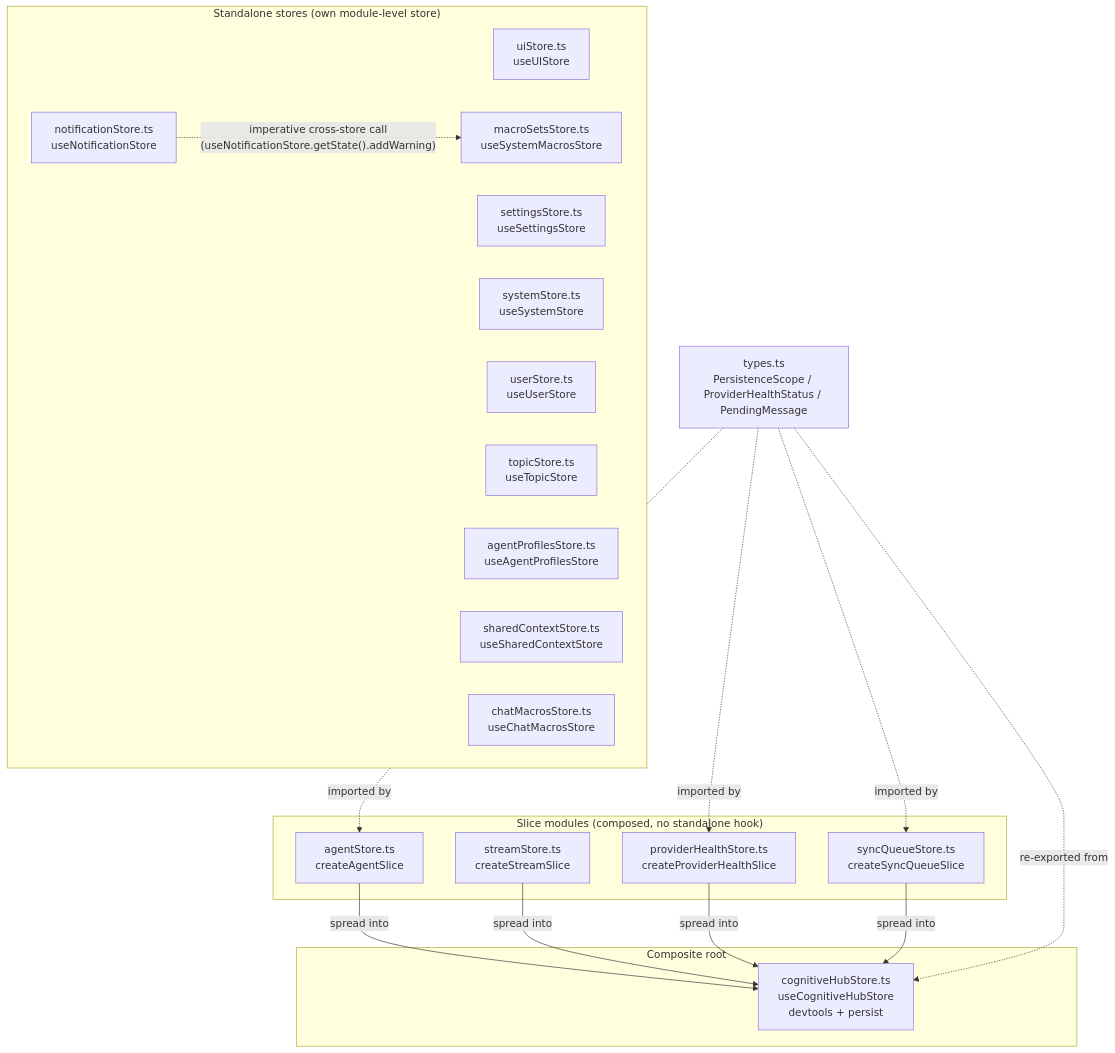
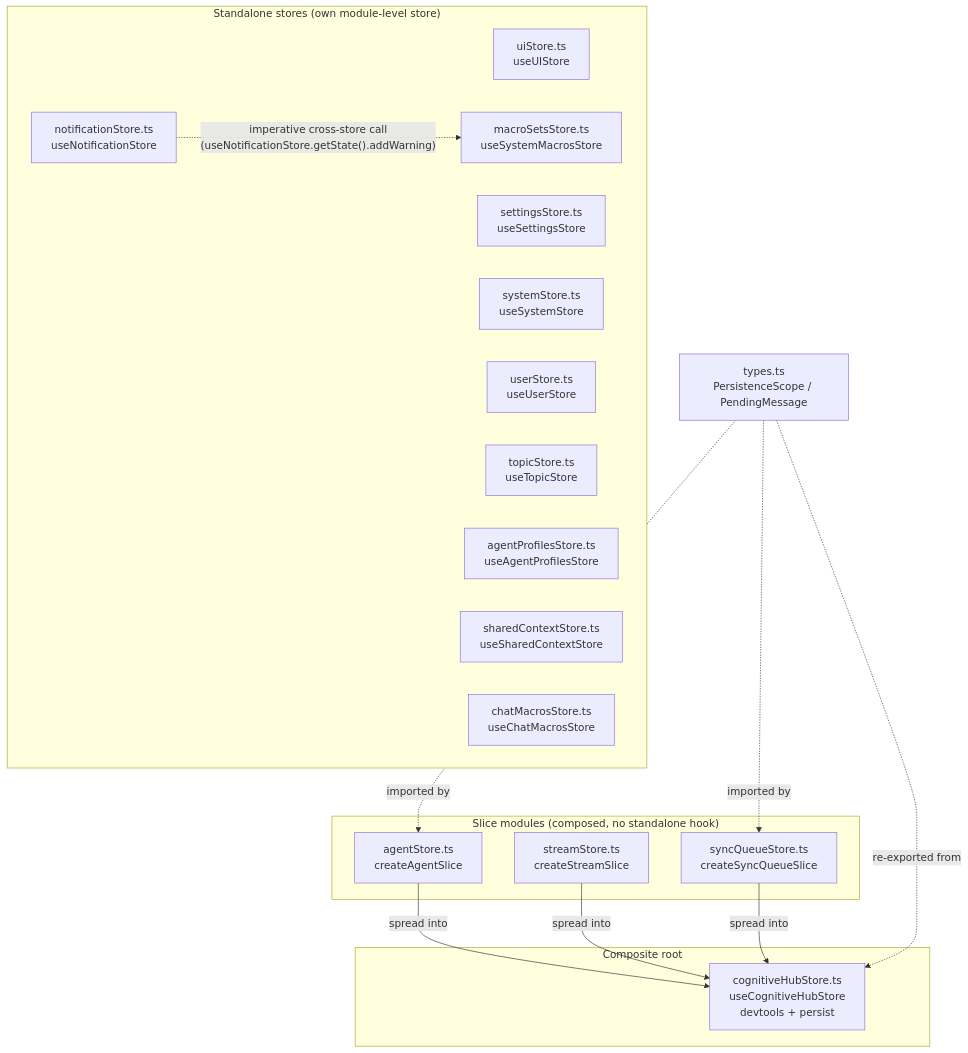
Before and after one commit to Developer-Pat/Cogitate: the first of 3 diagrams in wiki/atlas/ui/architecture/state-management.md, drawn with Mermaid. The commit also changed other lines of this file and 7 other files, not shown here.

````diff
--- a/wiki/atlas/ui/architecture/state-management.md
+++ b/wiki/atlas/ui/architecture/state-management.md
@@ -54,39 +53,36 @@
 ```mermaid
 graph TD
     subgraph SLICES["Slice modules (composed, no standalone hook)"]
         A["agentStore.ts<br/>createAgentSlice"]
         ST["streamStore.ts<br/>createStreamSlice"]
-        PH["providerHealthStore.ts<br/>createProviderHealthSlice"]
         SQ["syncQueueStore.ts<br/>createSyncQueueSlice"]
     end
 
     subgraph ROOT["Composite root"]
         HUB["cognitiveHubStore.ts<br/>useCognitiveHubStore<br/>devtools + persist"]
     end
 
-    TYPES["types.ts<br/>PersistenceScope / ProviderHealthStatus / PendingMessage"]
+    TYPES["types.ts<br/>PersistenceScope / PendingMessage"]
 
     A -->|"spread into"| HUB
     ST -->|"spread into"| HUB
-    PH -->|"spread into"| HUB
     SQ -->|"spread into"| HUB
     TYPES -.->|imported by| A
-    TYPES -.->|imported by| PH
     TYPES -.->|imported by| SQ
     TYPES -.->|re-exported from| HUB
 
     subgraph STANDALONE["Standalone stores (own module-level store)"]
         UI["uiStore.ts<br/>useUIStore"]
         NOTIF["notificationStore.ts<br/>useNotificationStore"]
         SETTINGS["settingsStore.ts<br/>useSettingsStore"]
         SYS["systemStore.ts<br/>useSystemStore"]
         USER["userStore.ts<br/>useUserStore"]
         TOPIC["topicStore.ts<br/>useTopicStore"]
         AGPROF["agentProfilesStore.ts<br/>useAgentProfilesStore"]
         SHARED["sharedContextStore.ts<br/>useSharedContextStore"]
         MACROS["macroSetsStore.ts<br/>useSystemMacrosStore"]
         CHATMACROS["chatMacrosStore.ts<br/>useChatMacrosStore"]
     end
 
     NOTIF -.->|"imperative cross-store call<br/>(useNotificationStore.getState().addWarning)"| MACROS
 ```
````
